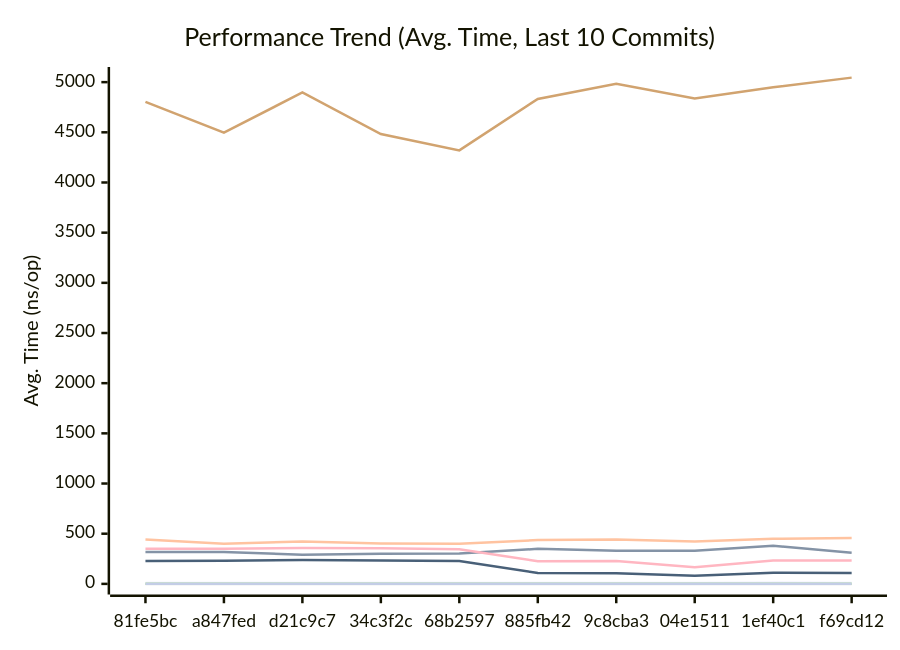
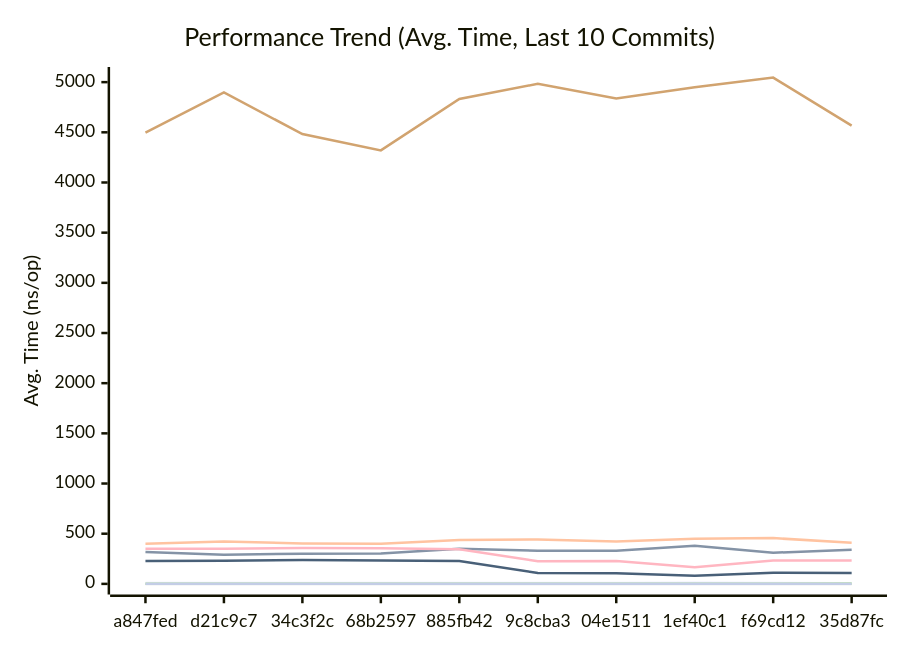
One commit to alsotoes/momo changed the first of 3 diagrams in docs/PERFORMANCE.md. Above: the diagram before and after it, drawn with Mermaid. The commit also changed other lines of this file and 7 other files, not shown here.

````diff
--- a/docs/PERFORMANCE.md
+++ b/docs/PERFORMANCE.md
@@ -80,16 +80,16 @@
 ```mermaid
 xychart-beta
     title "Performance Trend (Avg. Time, Last 10 Commits)"
     x-axis "Commit"
     y-axis "Avg. Time (ns/op)"
-    x-axis [81fe5bc,a847fed,d21c9c7,34c3f2c,68b2597,885fb42,9c8cba3,04e1511,1ef40c1,f69cd12]
-    line "CheckMetricsAndSwap" [9,8,9,9,8,9,9,8,12,9]
-    line "CrushOptimized" [318,317,290,301,303,349,330,331,380,310]
-    line "CrushOriginal" [443,400,422,402,399,436,442,423,449,456]
+    x-axis [a847fed,d21c9c7,34c3f2c,68b2597,885fb42,9c8cba3,04e1511,1ef40c1,f69cd12,35d87fc]
+    line "CheckMetricsAndSwap" [8,9,9,8,9,9,8,12,9,7]
+    line "CrushOptimized" [317,290,301,303,349,330,331,380,310,340]
+    line "CrushOriginal" [400,422,402,399,436,442,423,449,456,411]
     line "IndexDirectTracking" [0,0,0,0,0,0,0,0,0,0]
-    line "IndexSearch" [2,2,2,2,1,2,2,2,2,2]
-    line "LoadGlobalConfig" [4804,4497,4897,4483,4320,4833,4983,4838,4948,5045]
+    line "IndexSearch" [2,2,2,1,2,2,2,2,2,3]
+    line "LoadGlobalConfig" [4497,4897,4483,4320,4833,4983,4838,4948,5045,4567]
     line "PadString" [2,2,2,2,2,2,2,2,2,2]
     line "ParseReplicationOrder_NoPrealloc" [350,349,357,354,345,225,229,165,232,234]
     line "ParseReplicationOrder_Prealloc" [229,231,237,234,229,108,107,80,110,109]
 ```
````
